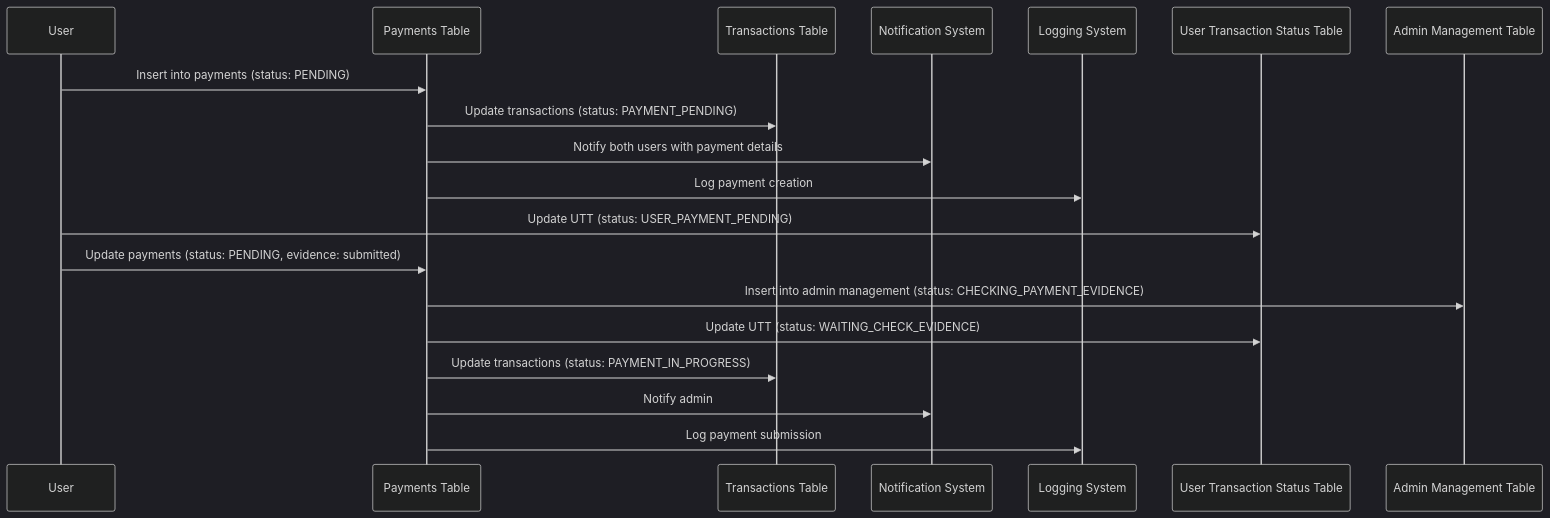
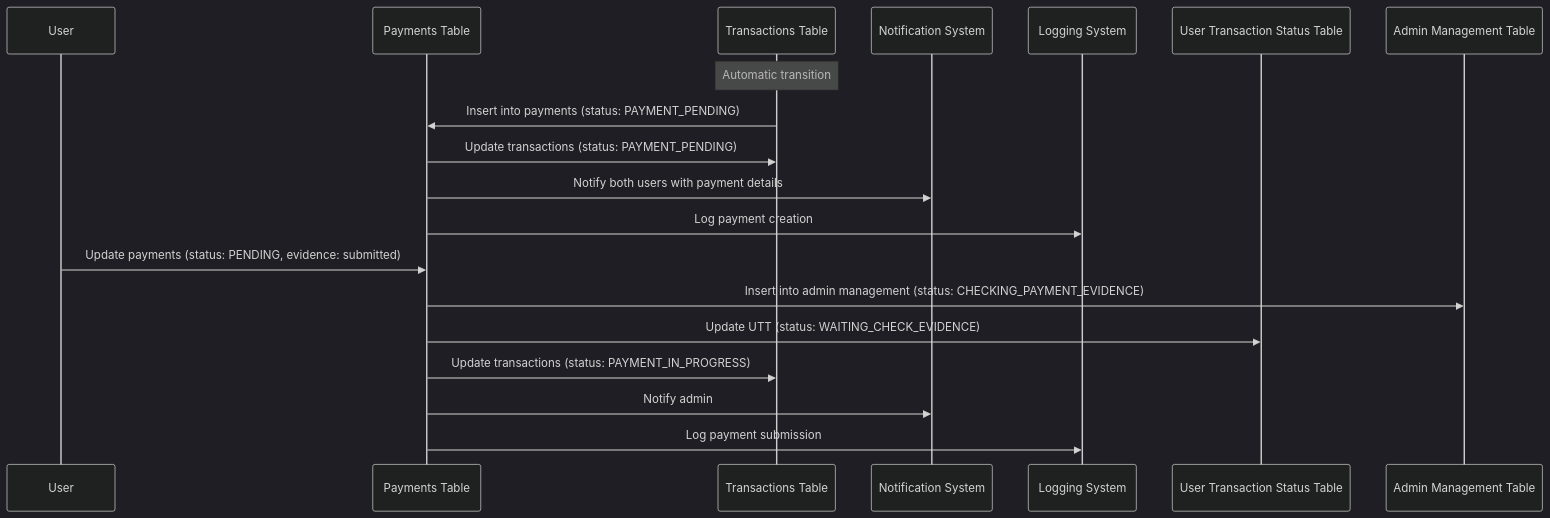
Before and after one commit to Loknong/book-exchange: the seventh of 12 diagrams in documents/Exchange.flow.md, drawn with Mermaid (dark theme). The commit also changed other lines of this file, not shown here.

````diff
--- a/documents/Exchange.flow.md
+++ b/documents/Exchange.flow.md
@@ -183,23 +206,23 @@
 ```mermaid
 sequenceDiagram
     participant User
     participant PaymentsTable as Payments Table
     participant TransactionsTable as Transactions Table
     participant NotificationSystem as Notification System
     participant LoggingSystem as Logging System
     participant UserTransactionStatusTable as User Transaction Status Table
     participant AdminManagementTable as Admin Management Table
 
-    User->>PaymentsTable: Insert into payments (status: PENDING)
+    note over TransactionsTable: Automatic transition
+    TransactionsTable->>PaymentsTable: Insert into payments (status: PAYMENT_PENDING)
     PaymentsTable->>TransactionsTable: Update transactions (status: PAYMENT_PENDING)
     PaymentsTable->>NotificationSystem: Notify both users with payment details
     PaymentsTable->>LoggingSystem: Log payment creation
 
-    User->>UserTransactionStatusTable: Update UTT (status: USER_PAYMENT_PENDING)
     User->>PaymentsTable: Update payments (status: PENDING, evidence: submitted)
     PaymentsTable->>AdminManagementTable: Insert into admin management (status: CHECKING_PAYMENT_EVIDENCE)
     PaymentsTable->>UserTransactionStatusTable: Update UTT (status: WAITING_CHECK_EVIDENCE)
     PaymentsTable->>TransactionsTable: Update transactions (status: PAYMENT_IN_PROGRESS)
     PaymentsTable->>NotificationSystem: Notify admin
     PaymentsTable->>LoggingSystem: Log payment submission
 ```
````
